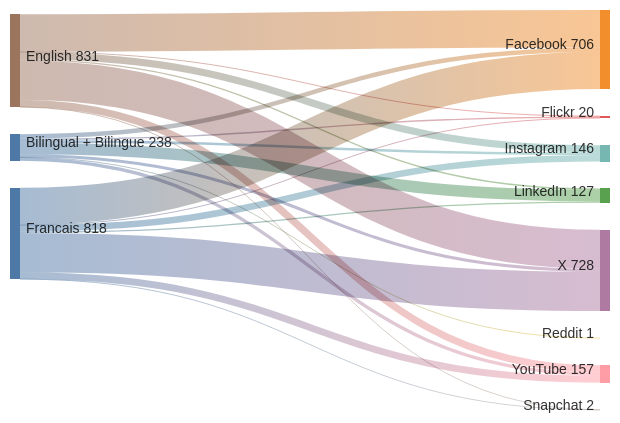
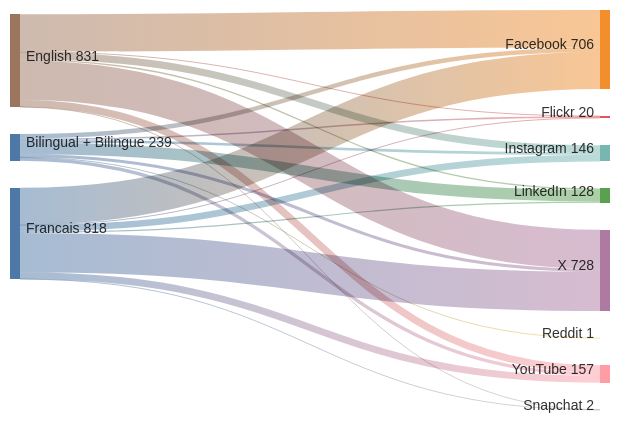
One commit to PatLittle/GC-Socials changed the diagram in sankey_diagram.md. Above: the diagram before and after it, drawn with Mermaid.

Commit message:
Update Sankey diagram for the most recent day

````diff
--- a/sankey_diagram.md
+++ b/sankey_diagram.md
@@ -1,24 +1,24 @@
 ```mermaid
 sankey-beta
   Bilingual + Bilingue,Facebook,40
   Bilingual + Bilingue,Flickr,13
   Bilingual + Bilingue,Instagram,23
-  Bilingual + Bilingue,LinkedIn,104
+  Bilingual + Bilingue,LinkedIn,105
   Bilingual + Bilingue,Reddit,1
   Bilingual + Bilingue,X,27
   Bilingual + Bilingue,YouTube,30
   English,Facebook,335
   English,Flickr,4
   English,Instagram,64
   English,LinkedIn,12
   English,Snapchat,1
   English,X,350
   English,YouTube,65
   Francais,Facebook,331
   Francais,Flickr,3
   Francais,Instagram,59
   Francais,LinkedIn,11
   Francais,Snapchat,1
   Francais,X,351
   Francais,YouTube,62
 ```
````
